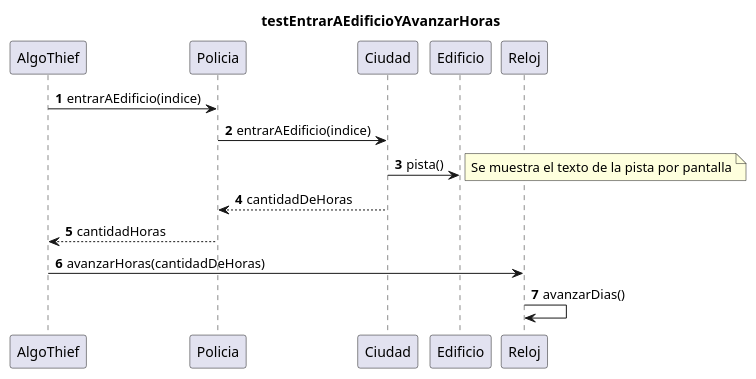
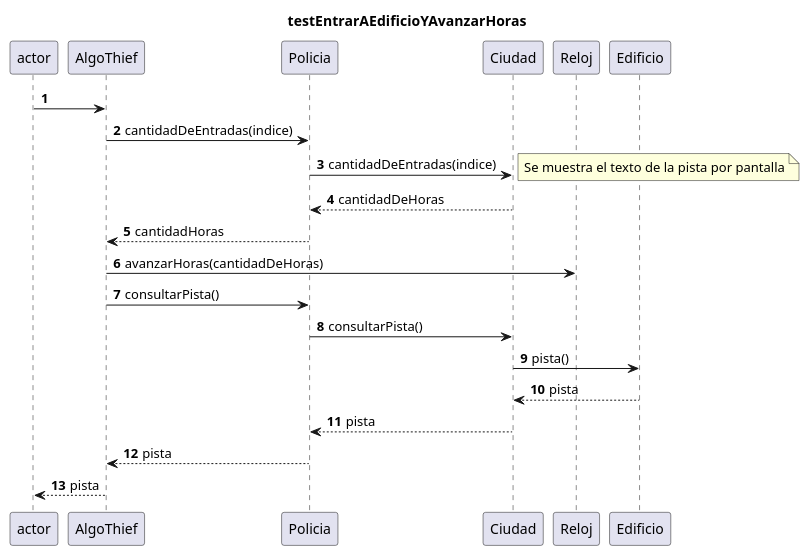
Before and after one commit to Fanusaez/TP2_algo3_algothief: the diagram in DiagramaDeSecuenciaCasoDeUsoInforme0.puml, drawn with PlantUML.

Commit message:
Changes by ivanp en diagrama de secuencia

```diff
--- a/DiagramaDeSecuenciaCasoDeUsoInforme0.puml
+++ b/DiagramaDeSecuenciaCasoDeUsoInforme0.puml
@@ -1,18 +1,24 @@
 @startuml
 'https://plantuml.com/sequence-diagram
 title: testEntrarAEdificioYAvanzarHoras
 
 
 autonumber
+actor ->AlgoThief
+AlgoThief -> Policia:cantidadDeEntradas(indice)
+Policia -> Ciudad: cantidadDeEntradas(indice)
 
-AlgoThief -> Policia:entrarAEdificio(indice)
-Policia -> Ciudad: entrarAEdificio(indice)
-Ciudad -> Edificio: pista()
 note right : Se muestra el texto de la pista por pantalla
 Ciudad --> Policia: cantidadDeHoras
 AlgoThief <-- Policia: cantidadHoras
 
 AlgoThief -> Reloj : avanzarHoras(cantidadDeHoras)
-Reloj -> Reloj : avanzarDias()
 
+AlgoThief->Policia :consultarPista()
+Policia -> Ciudad : consultarPista()
+Ciudad -> Edificio: pista()
+Ciudad <-- Edificio: pista
+Policia <-- Ciudad: pista
+AlgoThief <--Policia : pista
+actor <--AlgoThief :pista
 @enduml
```
